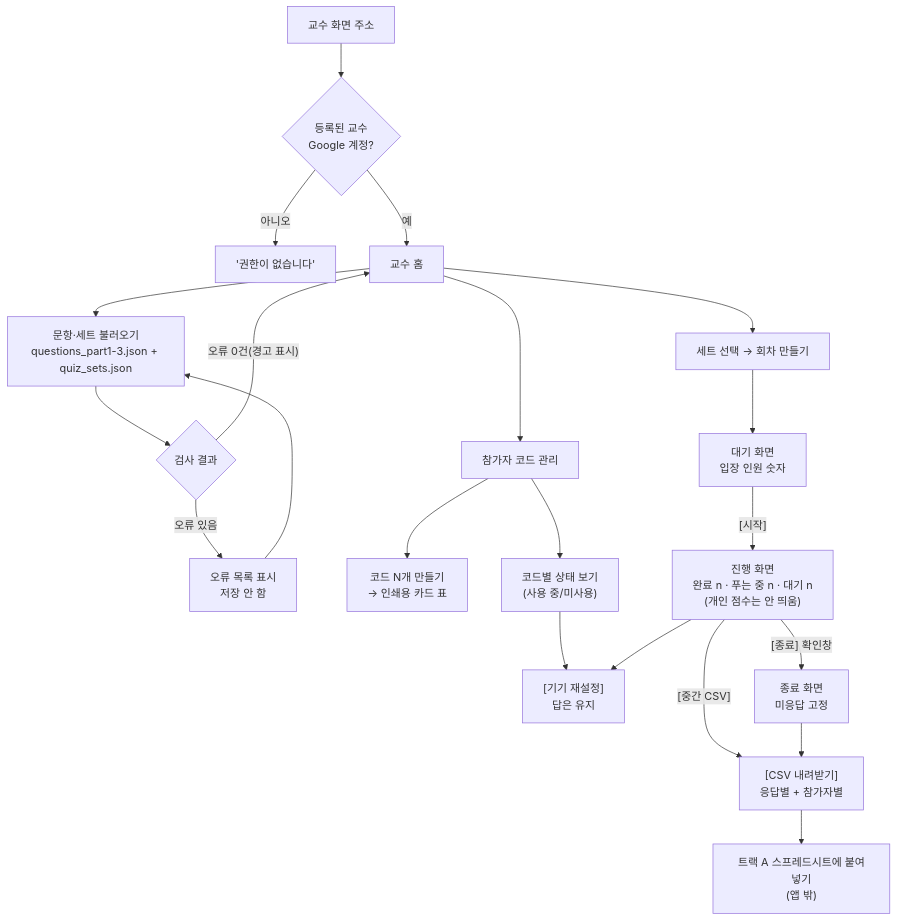
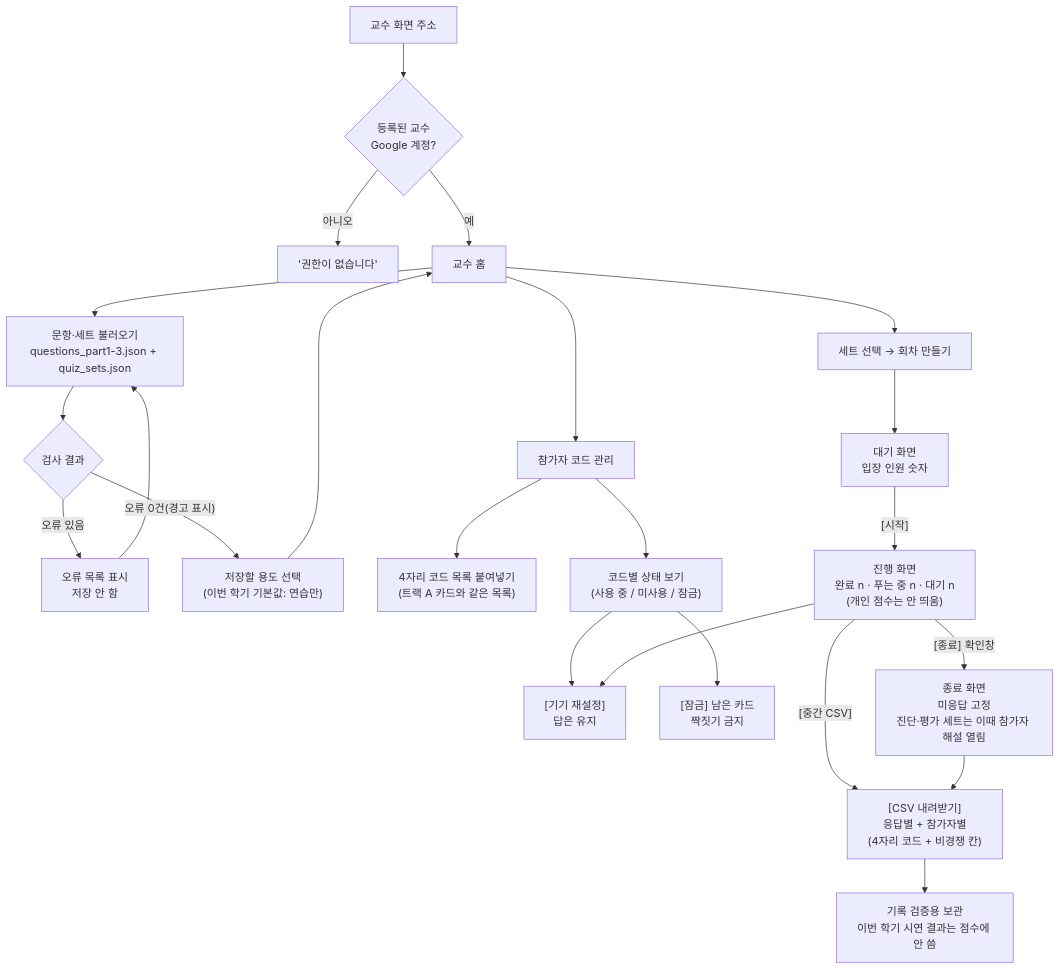
Before and after one commit to gt4065c-cell/wsuk: the second of 2 diagrams in 04_제품개발팀/2026-11-01_PRD_v0.1_팀챌린지웹앱.md, drawn with Mermaid. The commit also changed other lines of this file and 2 other files, not shown here.

````diff
--- a/04_제품개발팀/2026-11-01_PRD_v0.1_팀챌린지웹앱.md
+++ b/04_제품개발팀/2026-11-01_PRD_v0.1_팀챌린지웹앱.md
@@ -355,22 +400,23 @@
 ```mermaid
 flowchart TD
     A["교수 화면 주소"] --> B{"등록된 교수<br/>Google 계정?"}
     B -- 아니오 --> B1["'권한이 없습니다'"]
     B -- 예 --> H["교수 홈"]
     H --> Q["문항·세트 불러오기<br/>questions_part1-3.json + quiz_sets.json"]
     Q --> Q1{"검사 결과"}
     Q1 -- "오류 있음" --> Q2["오류 목록 표시<br/>저장 안 함"] --> Q
-    Q1 -- "오류 0건(경고 표시)" --> H
+    Q1 -- "오류 0건(경고 표시)" --> Q3["저장할 용도 선택<br/>(이번 학기 기본값: 연습만)"] --> H
     H --> P["참가자 코드 관리"]
-    P --> P1["코드 N개 만들기<br/>→ 인쇄용 카드 표"]
-    P --> P2["코드별 상태 보기<br/>(사용 중/미사용)"]
+    P --> P1["4자리 코드 목록 붙여넣기<br/>(트랙 A 카드와 같은 목록)"]
+    P --> P2["코드별 상태 보기<br/>(사용 중 / 미사용 / 잠금)"]
     P2 --> P3["[기기 재설정]<br/>답은 유지"]
+    P2 --> P4["[잠금] 남은 카드<br/>짝짓기 금지"]
     H --> S["세트 선택 → 회차 만들기"]
     S --> W["대기 화면<br/>입장 인원 숫자"]
     W -- "[시작]" --> R["진행 화면<br/>완료 n · 푸는 중 n · 대기 n<br/>(개인 점수는 안 띄움)"]
     R -- "[중간 CSV]" --> C
-    R -- "[종료] 확인창" --> E["종료 화면<br/>미응답 고정"]
-    E --> C["[CSV 내려받기]<br/>응답별 + 참가자별"]
-    C --> X["트랙 A 스프레드시트에 붙여넣기<br/>(앱 밖)"]
+    R -- "[종료] 확인창" --> E["종료 화면<br/>미응답 고정<br/>진단·평가 세트는 이때 참가자 해설 열림"]
+    E --> C["[CSV 내려받기]<br/>응답별 + 참가자별<br/>(4자리 코드 + 비경쟁 칸)"]
+    C --> X["기록 검증용 보관<br/>이번 학기 시연 결과는 점수에 안 씀"]
     R --> P3
 ```
````
